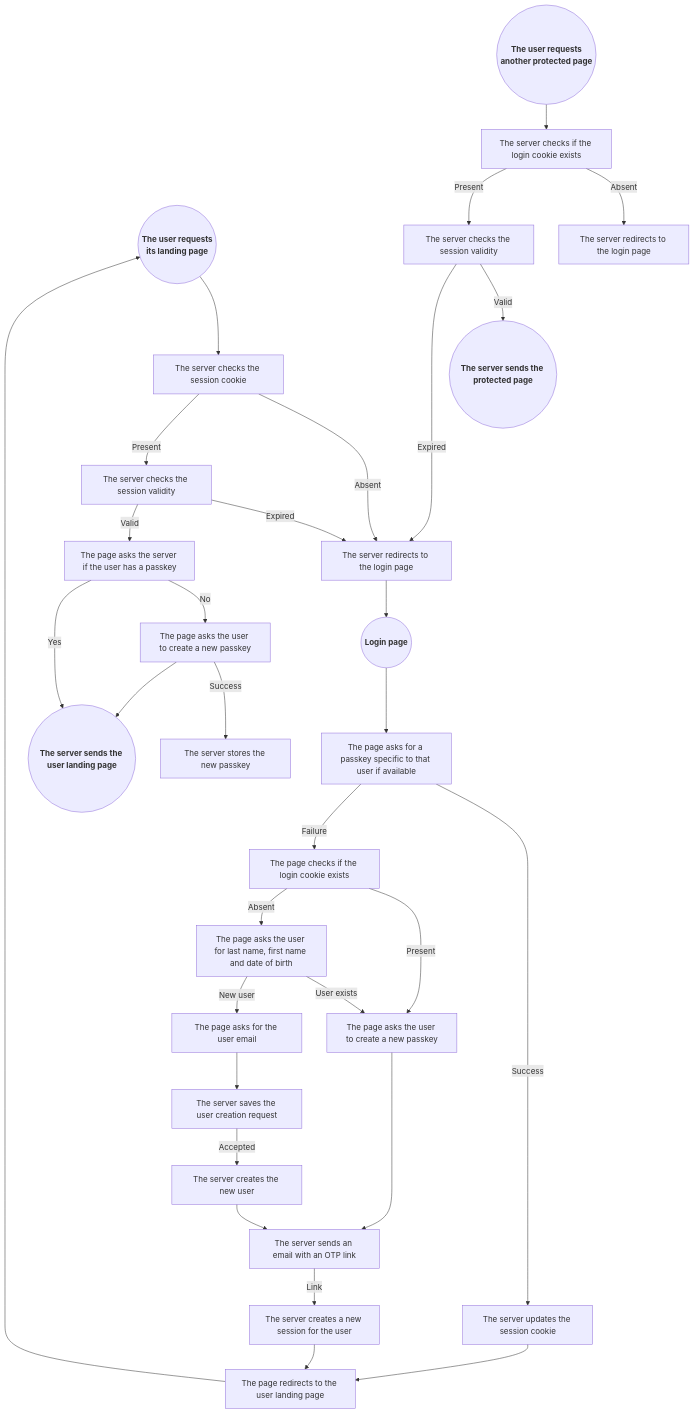
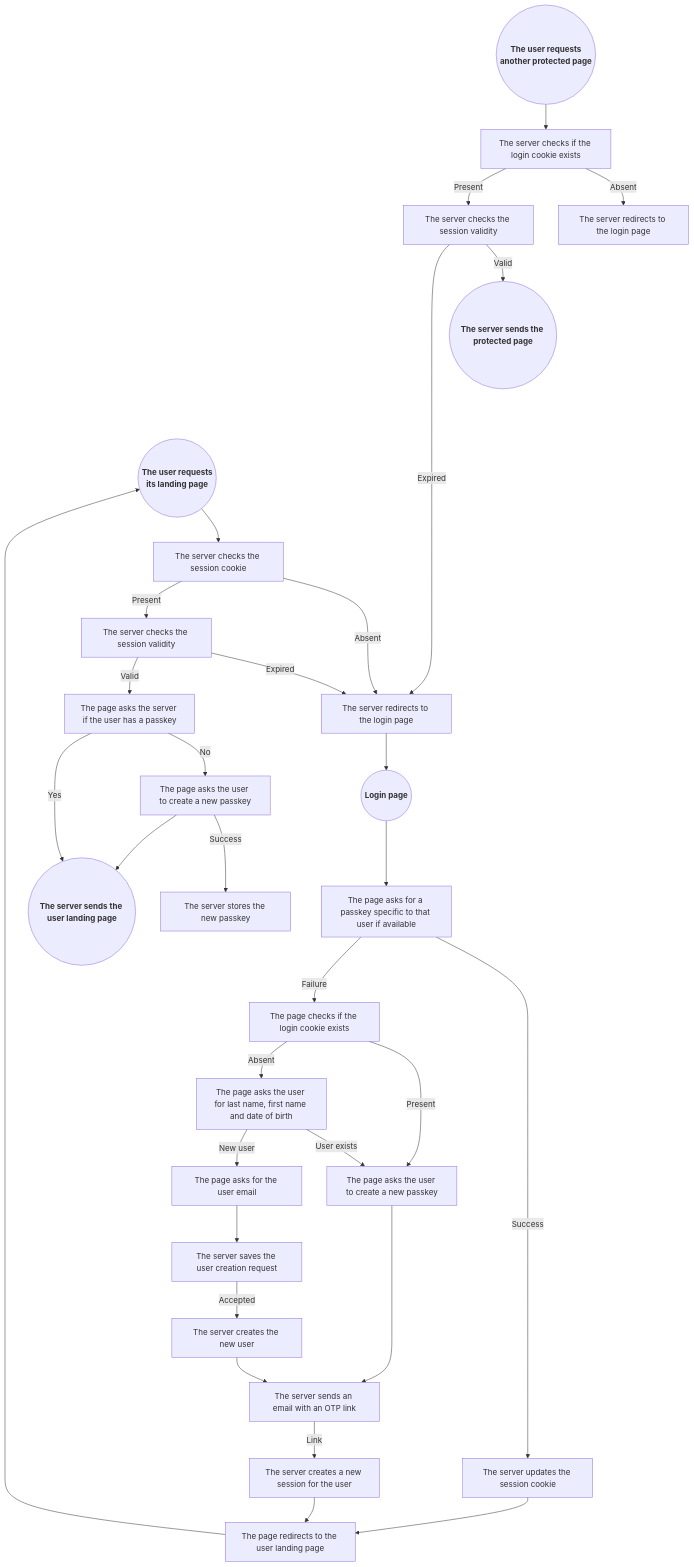
One commit to programingjd/tiered_server changed the diagram in README.md. Above: the diagram before and after it, drawn with Mermaid.

````diff
--- a/README.md
+++ b/README.md
@@ -123,40 +123,40 @@
 ```mermaid
 graph TD;
   UserLandingPageRequest(("<b>The user requests<br>its landing page</b>"))
   ProtectedPageRequest(("<b>The user requests<br>another protected page</b>"))
   LoginPageRequest(("<b>Login page</b>"))
   
   ProtectedPageRequest-->QueryCookie1[The server checks if the login cookie exists]
   QueryCookie1-->|Absent|LoginPageRedirect1[The server redirects to the login page]
   QueryCookie1-->|Present|CheckSessionValidity1[The server checks the session validity]
   CheckSessionValidity1-->|Valid|ProtectedPageResponse(("<b>The server sends the protected page<b>"))
-  CheckSessionValidity1---->|Expired|LoginPageRedirect
+  CheckSessionValidity1------->|Expired|LoginPageRedirect
 
   UserLandingPageRequest-->QueryCookie2[The server checks the session cookie]
   QueryCookie2--Absent-->LoginPageRedirect[The server redirects to the login page]
   QueryCookie2--Present-->CheckSessionValidity2[The server checks the session validity]
   CheckSessionValidity2-->|Expired|LoginPageRedirect
   CheckSessionValidity2-->|Valid|QueryExistingPasskey2[The page asks the server if the user has a passkey]
   QueryExistingPasskey2-->|No|NewPasskeyPrompt2[The page asks the user to create a new passkey]
   QueryExistingPasskey2-->|Yes|UserLandingPageResponse(("<b>The server sends the user landing page<b>"))
   NewPasskeyPrompt2-->|Success|NewPasskeyStore2[The server stores the new passkey]
   NewPasskeyPrompt2-->UserLandingPageResponse
 
   LoginPageRequest-->QueryPasskey[The page asks for a passkey specific to that user if available]
   QueryPasskey-->|Success|SessionCookieUpdate[The server updates the session cookie]
   SessionCookieUpdate-->UserLandingPageRedirect[The page redirects to the user landing page]
   QueryPasskey-->|Failure|QueryCookie3[The page checks if the login cookie exists]
   QueryCookie3-->|Present|NewPasskeyPrompt3[The page asks the user to create a new passkey]
   QueryCookie3-->|Absent|UserForm[The page asks the user for last name, first name and date of birth]
   UserForm-->|User exists|NewPasskeyPrompt3
   NewPasskeyPrompt3-->EmailOTP[The server sends an email with an OTP link]
   EmailOTP-->|Link|NewSession[The server creates a new session for the user]
   NewSession-->UserLandingPageRedirect
   UserForm-->|New user|NewUser[The page asks for the user email]
   NewUser-->UserModeration[The server saves the user creation request]
   UserModeration-->|Accepted|UserCreation[The server creates the new user]
   UserCreation-->EmailOTP
   
   UserLandingPageRedirect-->UserLandingPageRequest
   LoginPageRedirect-->LoginPageRequest
 ```
````
